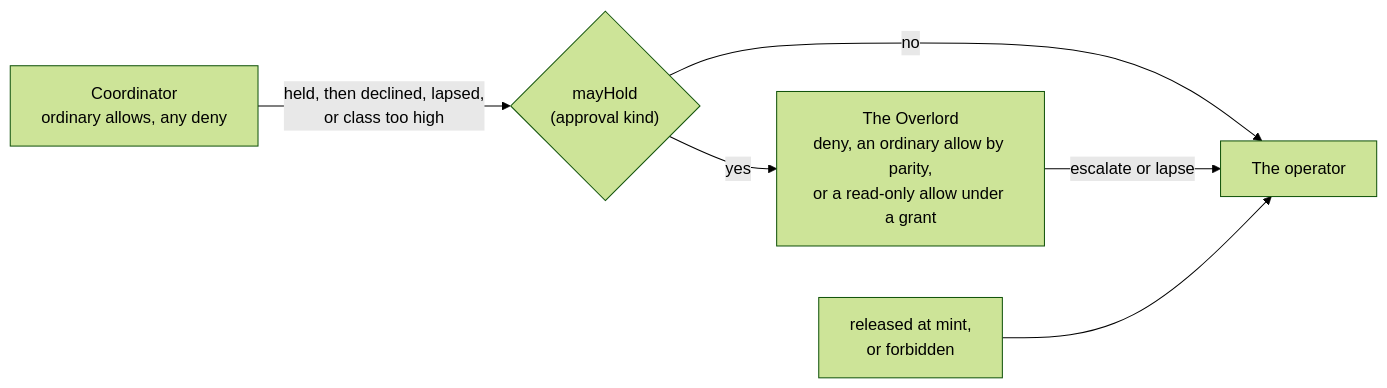
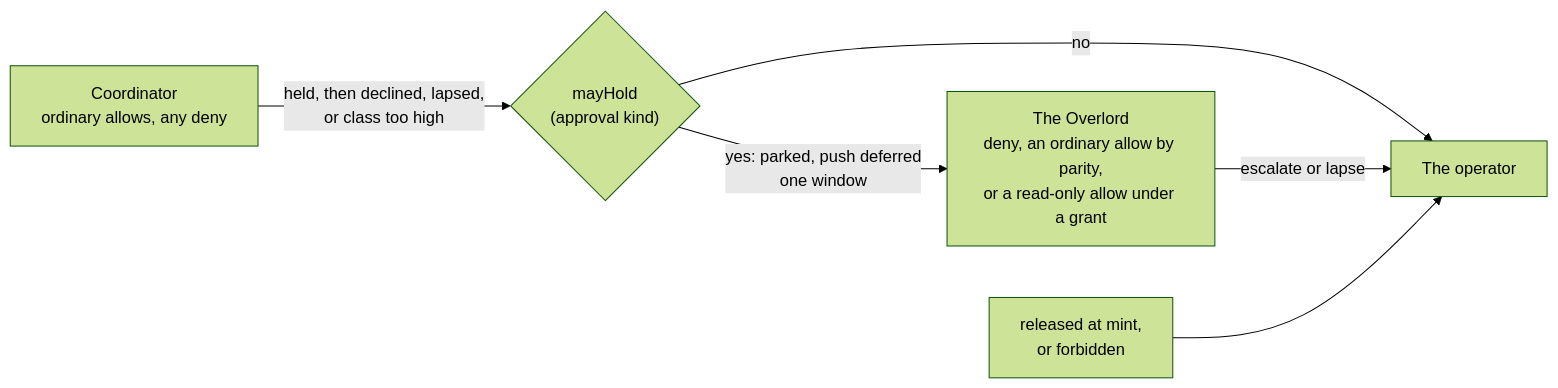
Before and after one commit to Synapsium-Labs/ccrc-pwa: the third of 3 diagrams in docs/superpowers/plans/2026-11-18-overlord-approvals.md, drawn with Mermaid (forest theme). The commit also changed other lines of this file and 1 other file, not shown here.

````diff
--- a/docs/superpowers/plans/2026-11-18-overlord-approvals.md
+++ b/docs/superpowers/plans/2026-11-18-overlord-approvals.md
@@ -527,8 +634,8 @@
 ```mermaid
 flowchart LR
   C["Coordinator<br/>ordinary allows, any deny"] -->|"held, then declined, lapsed,<br/>or class too high"| Q{"mayHold<br/>(approval kind)"}
-  Q -- "yes" --> V["The Overlord<br/>deny, an ordinary allow by parity,<br/>or a read-only allow under a grant"]
+  Q -- "yes: parked, push deferred<br/>one window" --> V["The Overlord<br/>deny, an ordinary allow by parity,<br/>or a read-only allow under a grant"]
   Q -- "no" --> O["The operator"]
   V -->|"escalate or lapse"| O
   R["released at mint,<br/>or forbidden"] --> O
 ```
````
